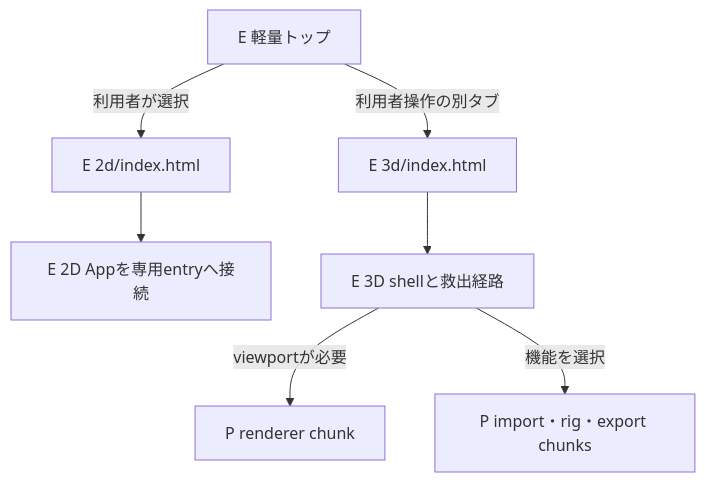
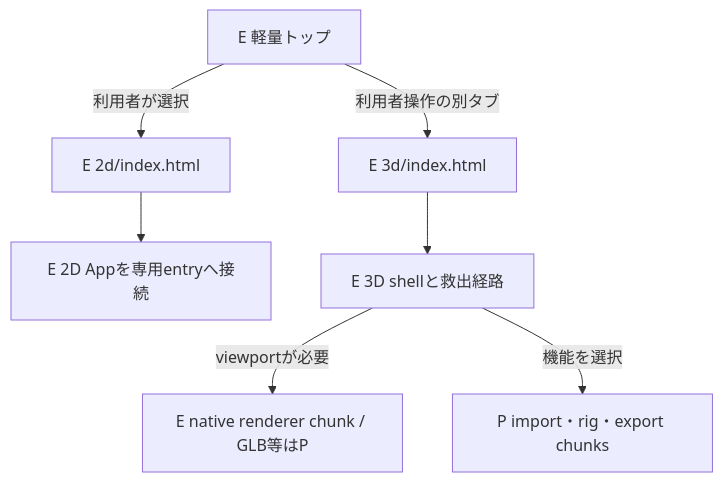
The second of 3 diagrams in docs/architecture/3d/entries.md (chameleonjp-lab/chameleonassetstudio), drawn with Mermaid before and after one commit. The commit also changed other lines of this file and 36 other files, not shown here.

````diff
--- a/docs/architecture/3d/entries.md
+++ b/docs/architecture/3d/entries.md
@@ -19,9 +19,9 @@
 ```mermaid
 flowchart TD
   EN_HUB["E 軽量トップ"] -->|"利用者が選択"| EN_2D["E 2d/index.html"]
   EN_HUB -->|"利用者操作の別タブ"| EN_3D["E 3d/index.html"]
   EN_2D --> EN_2D_APP["E 2D Appを専用entryへ接続"]
   EN_3D --> EN_3D_SHELL["E 3D shellと救出経路"]
-  EN_3D_SHELL -->|"viewportが必要"| EN_RENDER["P renderer chunk"]
+  EN_3D_SHELL -->|"viewportが必要"| EN_RENDER["E native renderer chunk / GLB等はP"]
   EN_3D_SHELL -->|"機能を選択"| EN_TOOL["P import・rig・export chunks"]
 ```
````
